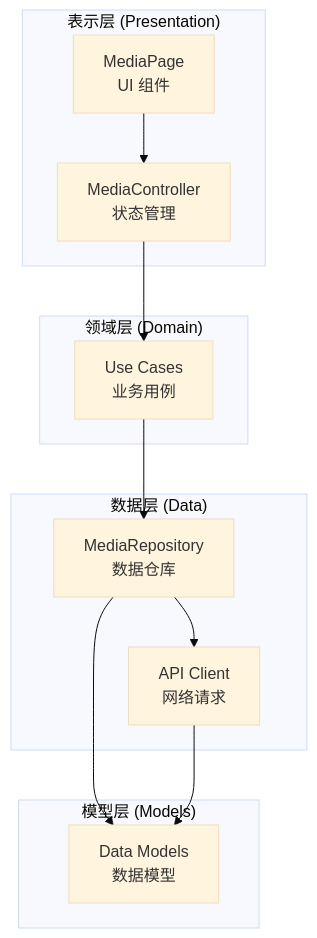
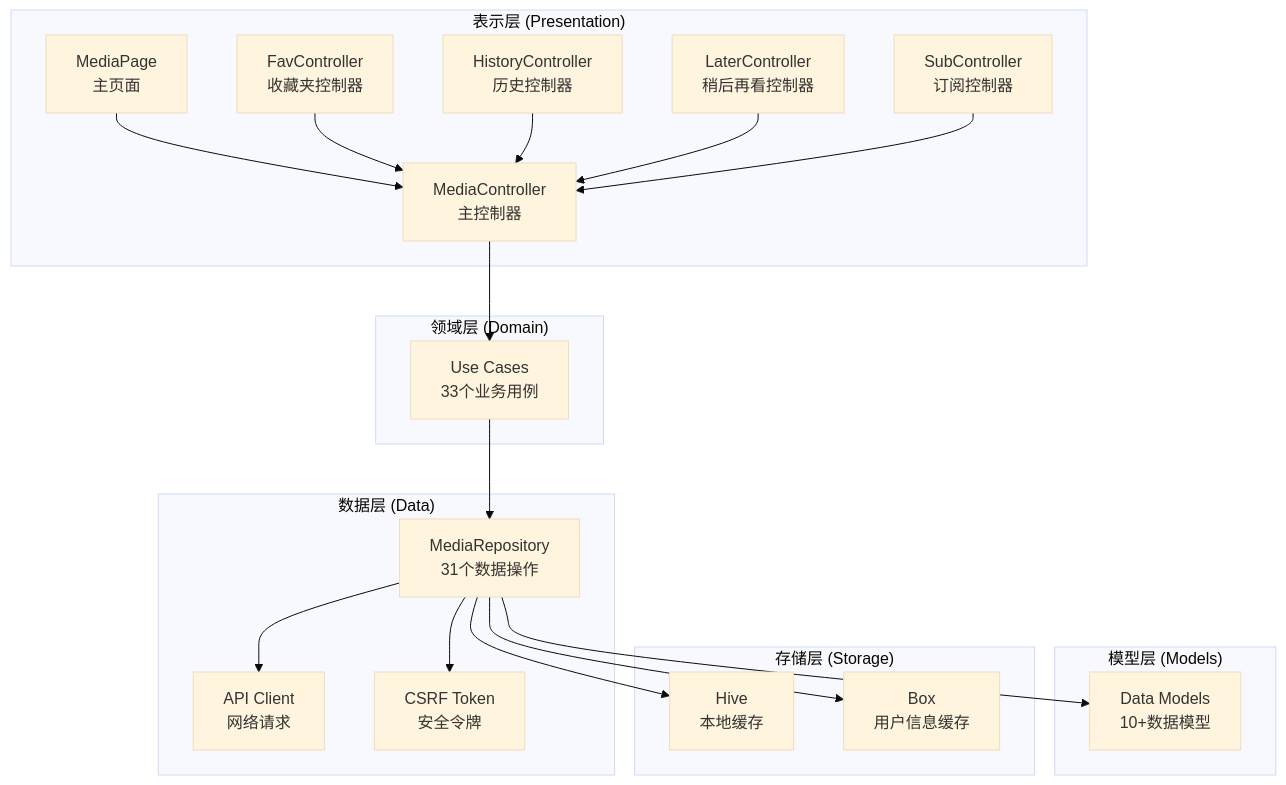
One commit to justLXX/pilipala changed the second of 19 diagrams in .qoder/repowiki/zh/content/核心模块/功能模块/媒体管理模块.md. Above: the diagram before and after it, drawn with Mermaid (base theme). The commit also changed other lines of this file and 194 other files, not shown here.

````diff
--- a/.qoder/repowiki/zh/content/核心模块/功能模块/媒体管理模块.md
+++ b/.qoder/repowiki/zh/content/核心模块/功能模块/媒体管理模块.md
@@ -124,23 +158,38 @@
 ```mermaid
 graph TB
 subgraph "表示层 (Presentation)"
-MC[MediaController<br/>状态管理]
-MP[MediaPage<br/>UI 组件]
+MC[MediaController<br/>主控制器]
+MP[MediaPage<br/>主页面]
+FC[FavController<br/>收藏夹控制器]
+HC[HistoryController<br/>历史控制器]
+LC[LaterController<br/>稍后再看控制器]
+SC[SubController<br/>订阅控制器]
 end
 subgraph "领域层 (Domain)"
-UC[Use Cases<br/>业务用例]
+UC[Use Cases<br/>33个业务用例]
 end
 subgraph "数据层 (Data)"
-MR[MediaRepository<br/>数据仓库]
+MR[MediaRepository<br/>31个数据操作]
 API[API Client<br/>网络请求]
+CSRF[CSRF Token<br/>安全令牌]
 end
 subgraph "模型层 (Models)"
-MODEL[Data Models<br/>数据模型]
+MODEL[Data Models<br/>10+数据模型]
+end
+subgraph "存储层 (Storage)"
+HIVE[Hive<br/>本地缓存]
+BOX[Box<br/>用户信息缓存]
 end
 MP --> MC
 MC --> UC
 UC --> MR
 MR --> API
+MR --> CSRF
 MR --> MODEL
-API --> MODEL
+MR --> HIVE
+MR --> BOX
+FC --> MC
+HC --> MC
+LC --> MC
+SC --> MC
 ```
````
